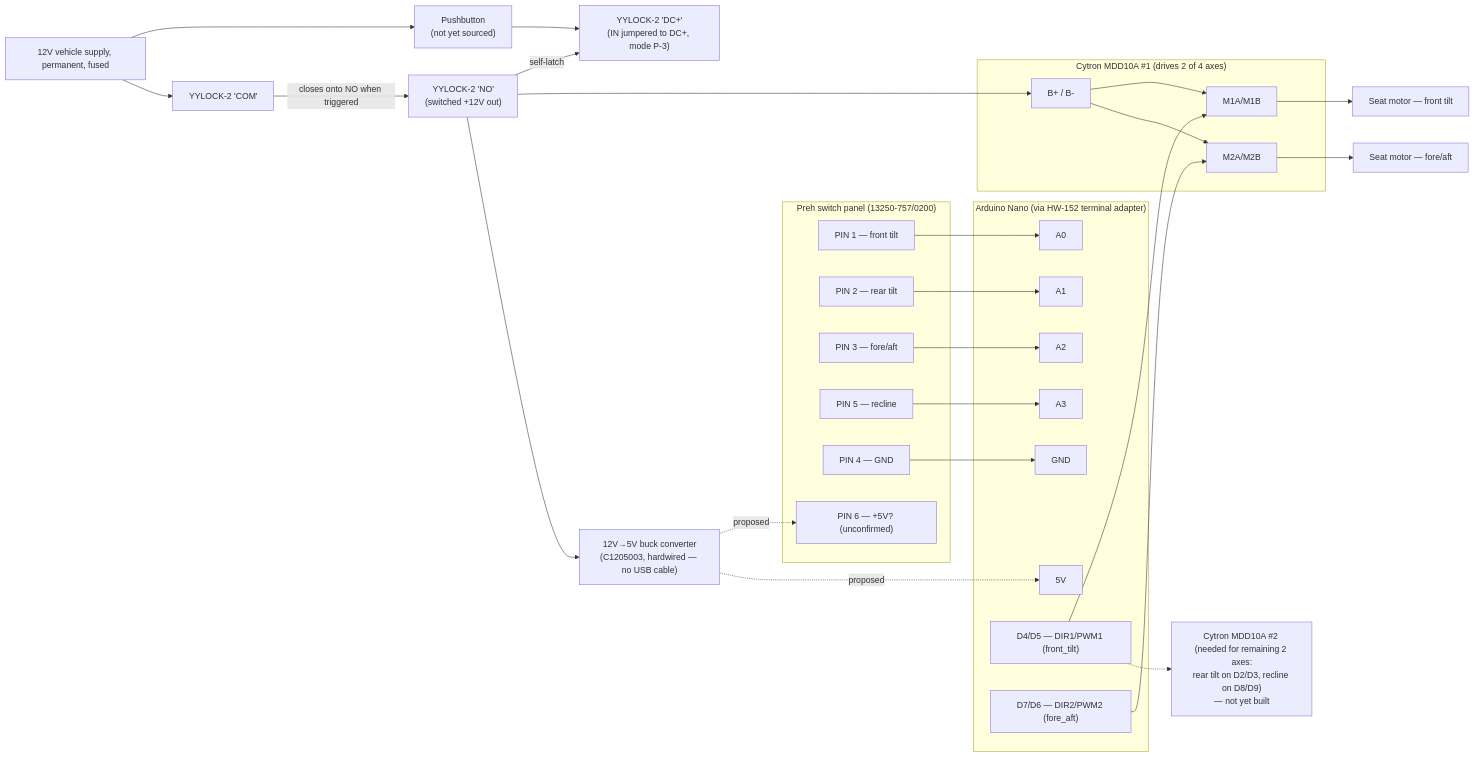
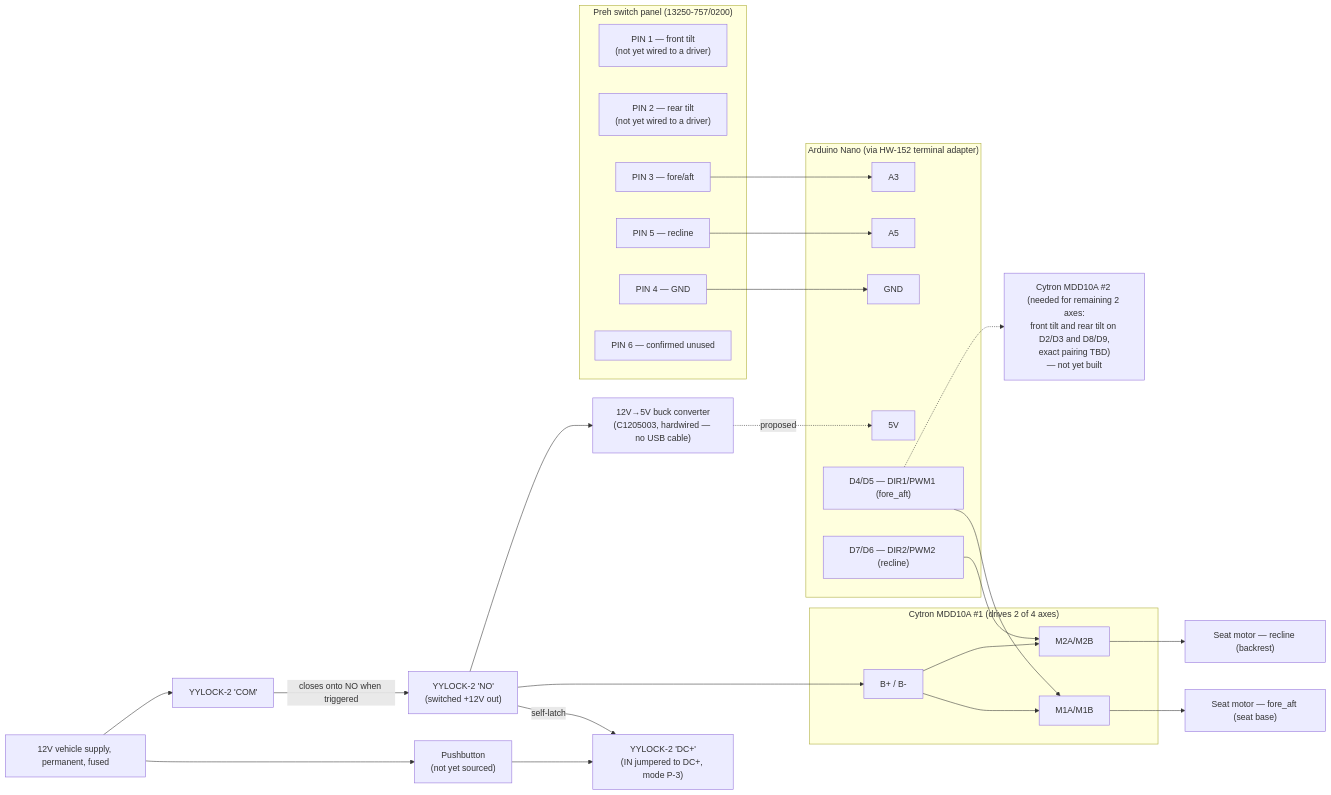
Before and after one commit to nodecentral/Audi-Seat-Controller-Arduino-Project: the diagram in README.md, drawn with Mermaid. The commit also changed other lines of this file and 5 other files, not shown here.

````diff
--- a/README.md
+++ b/README.md
@@ -211,57 +221,52 @@
 ```mermaid
 flowchart LR
     subgraph SWITCH["Preh switch panel (13250-757/0200)"]
-        P1["PIN 1 — front tilt"]
-        P2["PIN 2 — rear tilt"]
+        P1["PIN 1 — front tilt<br/>(not yet wired to a driver)"]
+        P2["PIN 2 — rear tilt<br/>(not yet wired to a driver)"]
         P3["PIN 3 — fore/aft"]
         P5["PIN 5 — recline"]
         P4["PIN 4 — GND"]
-        P6["PIN 6 — +5V? (unconfirmed)"]
+        P6["PIN 6 — confirmed unused"]
     end
 
     subgraph NANO["Arduino Nano (via HW-152 terminal adapter)"]
-        A0["A0"]
-        A1["A1"]
-        A2["A2"]
-        A3["A3"]
+        A3n["A3"]
+        A5n["A5"]
         GND1["GND"]
         FIVEV["5V"]
-        CTRL1["D4/D5 — DIR1/PWM1 (front_tilt)"]
-        CTRL2["D7/D6 — DIR2/PWM2 (fore_aft)"]
+        CTRL1["D4/D5 — DIR1/PWM1 (fore_aft)"]
+        CTRL2["D7/D6 — DIR2/PWM2 (recline)"]
     end
 
     subgraph DRV1["Cytron MDD10A #1 (drives 2 of 4 axes)"]
         M1["M1A/M1B"]
         M2["M2A/M2B"]
         BSUP["B+ / B-"]
     end
 
-    P1 --> A0
-    P2 --> A1
-    P3 --> A2
-    P5 --> A3
+    P3 --> A3n
+    P5 --> A5n
     P4 --> GND1
-    REG -. proposed .-> P6
     REG -. proposed .-> FIVEV
 
     CTRL1 --> M1
     CTRL2 --> M2
 
-    MOT1["Seat motor — front tilt"]
-    MOT2["Seat motor — fore/aft"]
+    MOT1["Seat motor — fore_aft (seat base)"]
+    MOT2["Seat motor — recline (backrest)"]
     M1 --> MOT1
     M2 --> MOT2
 
     BATT["12V vehicle supply, permanent, fused"] --> PBTN["Pushbutton<br/>(not yet sourced)"]
     BATT --> LATCH["YYLOCK-2 'COM'"]
     PBTN --> DCPLUS["YYLOCK-2 'DC+'<br/>(IN jumpered to DC+, mode P-3)"]
     LATCH -- closes onto NO when triggered --> NOOUT["YYLOCK-2 'NO'<br/>(switched +12V out)"]
     NOOUT -- self-latch --> DCPLUS
     NOOUT --> BSUP
     NOOUT --> REG["12V→5V buck converter<br/>(C1205003, hardwired — no USB cable)"]
     BSUP --> M1
     BSUP --> M2
 
-    DRV2["Cytron MDD10A #2 (needed for remaining 2 axes:<br/>rear tilt on D2/D3, recline on D8/D9)<br/>— not yet built"]
+    DRV2["Cytron MDD10A #2 (needed for remaining 2 axes:<br/>front tilt and rear tilt on D2/D3 and D8/D9,<br/>exact pairing TBD)<br/>— not yet built"]
     CTRL1 -.-> DRV2
 ```
````
